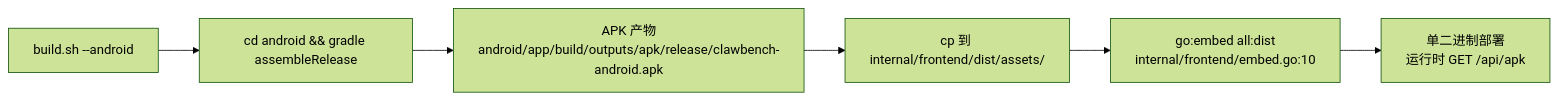
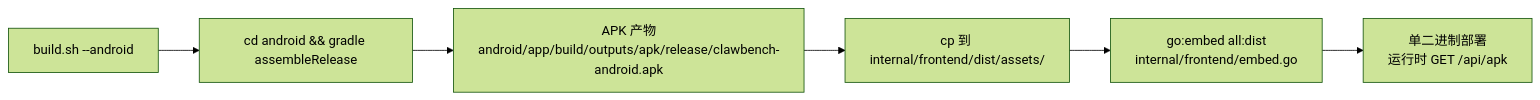
One commit to 0REZ/clawbench changed the third of 3 diagrams in docs/spec/client/android-integration.md. Above: the diagram before and after it, drawn with Mermaid (forest theme). The commit also changed other lines of this file and 148 other files, not shown here.

````diff
--- a/docs/spec/client/android-integration.md
+++ b/docs/spec/client/android-integration.md
@@ -42,8 +42,8 @@
 ```mermaid
 flowchart LR
     A[build.sh --android] --> B[cd android && gradle assembleRelease]
     B --> C[APK 产物<br/>android/app/build/outputs/apk/release/clawbench-android.apk]
     C --> D[cp 到 internal/frontend/dist/assets/]
-    D --> E[go:embed all:dist<br/>internal/frontend/embed.go:10]
+    D --> E[go:embed all:dist<br/>internal/frontend/embed.go]
     E --> F[单二进制部署<br/>运行时 GET /api/apk]
 ```
````
